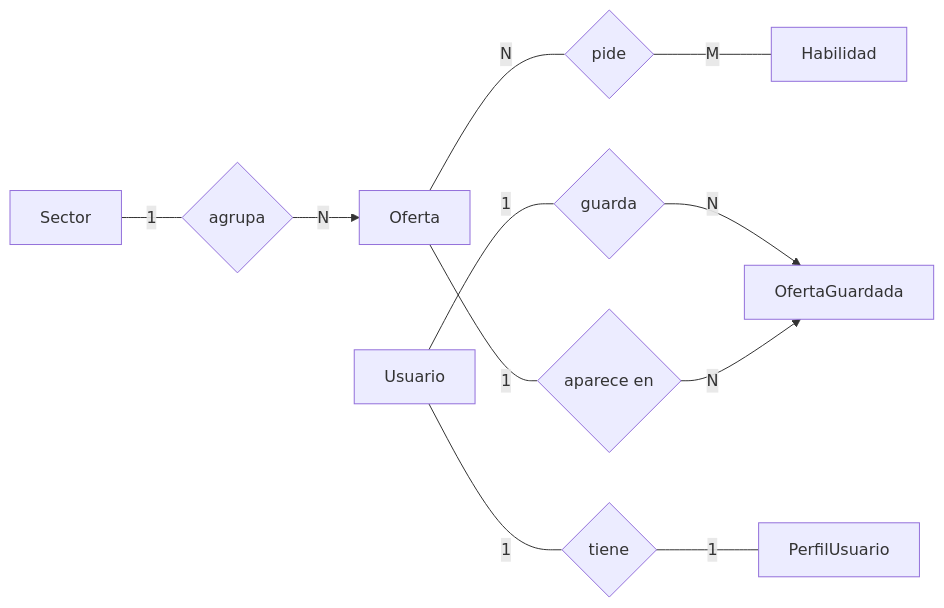
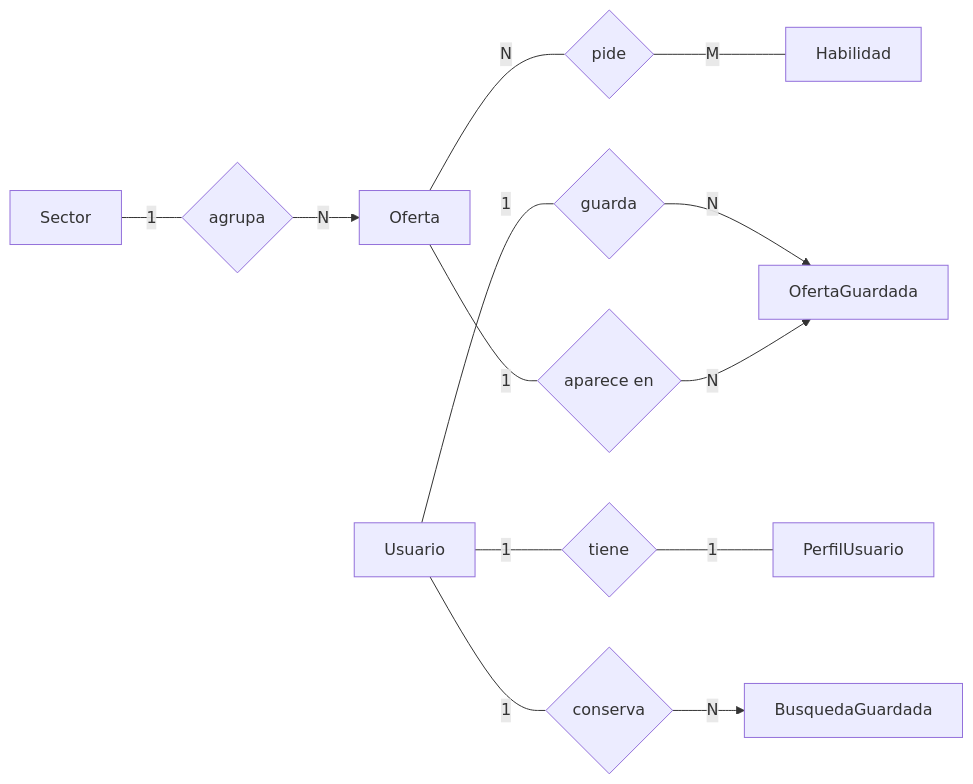
One commit to aritzgsc/Remote_Jobs_IW changed the diagram in README.md. Above: the diagram before and after it, drawn with Mermaid. The commit also changed other lines of this file and 2 other files, not shown here.

````diff
--- a/README.md
+++ b/README.md
@@ -71,8 +80,9 @@
 ```mermaid
 flowchart LR
     Sector ---|"1"| r1{"agrupa"} -->|"N"| Oferta
     Oferta ---|"N"| r2{"pide"} ---|"M"| Habilidad
     Usuario ---|"1"| r3{"tiene"} ---|"1"| PerfilUsuario
     Usuario ---|"1"| r4{"guarda"} -->|"N"| OfertaGuardada
     Oferta ---|"1"| r5{"aparece en"} -->|"N"| OfertaGuardada
+    Usuario ---|"1"| r6{"conserva"} -->|"N"| BusquedaGuardada
 ```
````
